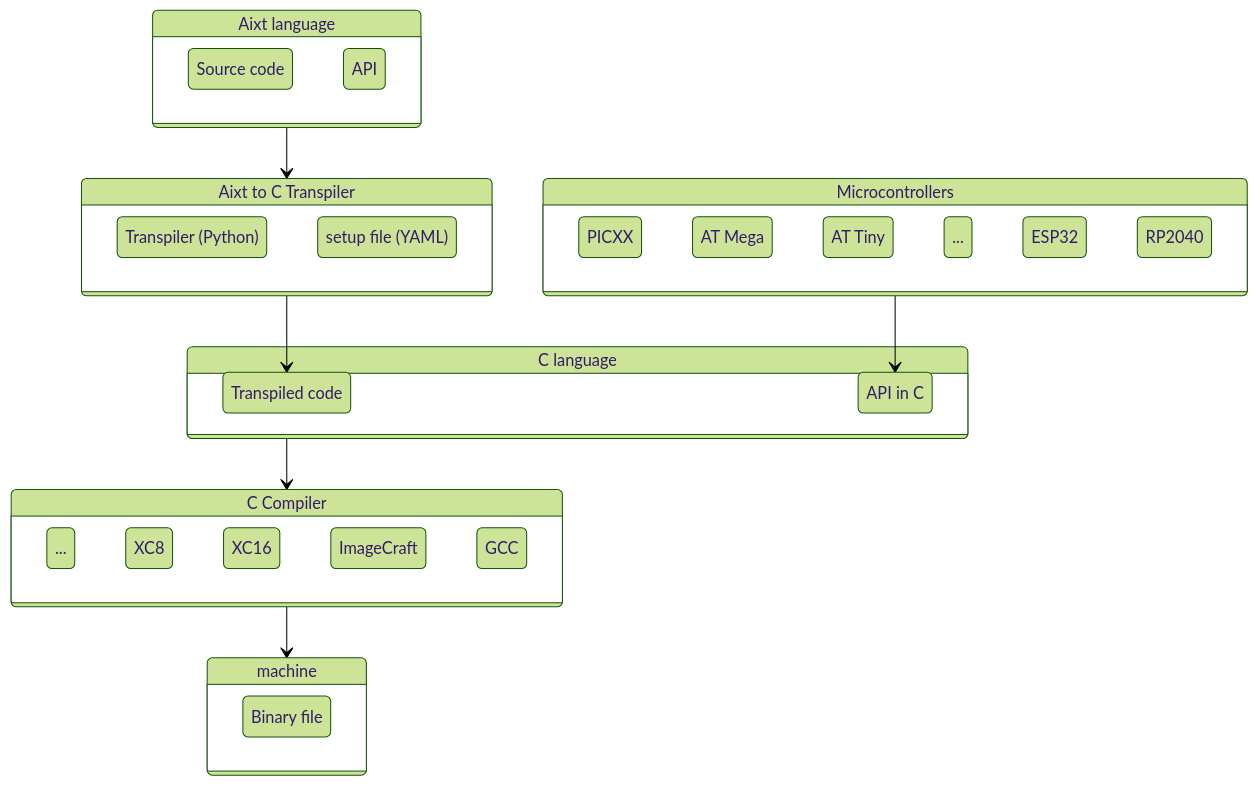
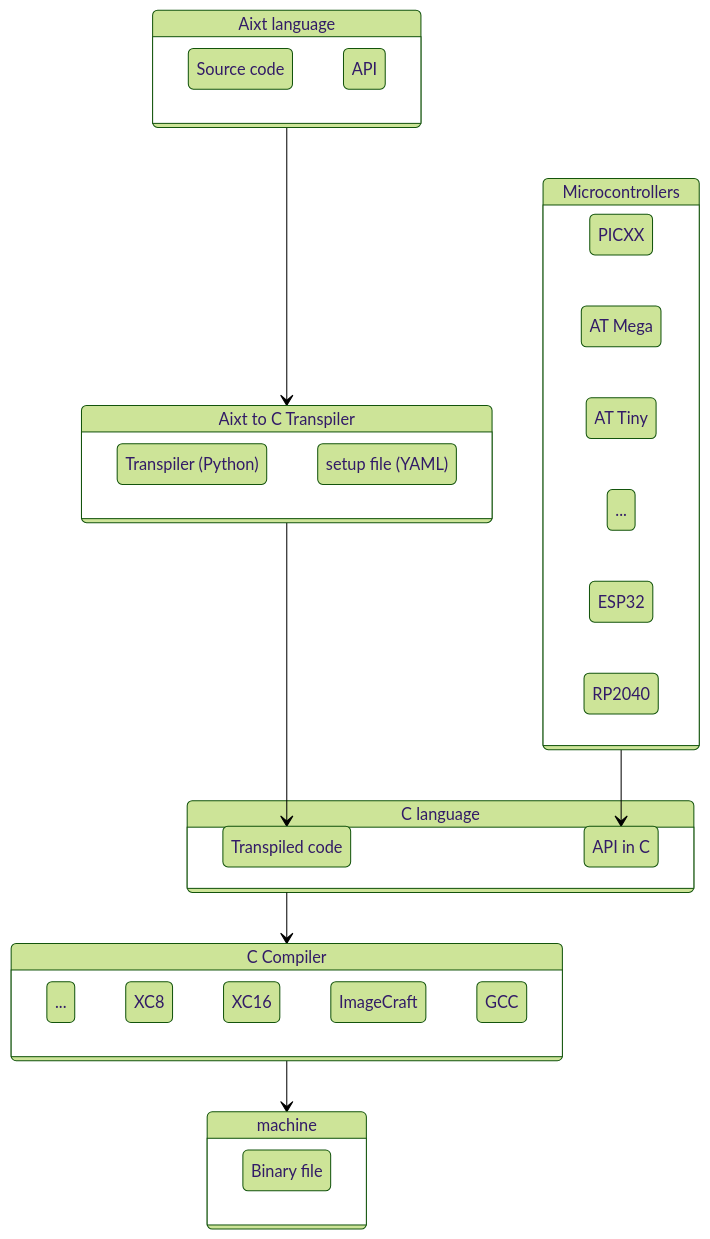
The diagram in README.md (fermarsan/aixt), drawn with Mermaid (forest theme) before and after one commit.

````diff
--- a/README.md
+++ b/README.md
@@ -9,54 +9,55 @@
 ```mermaid
 stateDiagram-v2
 
     Aixt: Aixt language
     state Aixt {
         source: Source code
         API
     }
 
     Aixt2C: Aixt to C Transpiler
     state Aixt2C {
         Transpiler: Transpiler (Python)
         setup: setup file (YAML)
     }
 
     C: C language
     state C {
         Tr_Code: Transpiled code
         API_C: API in C
     }
 
     state Microcontrollers {
+        direction RL
         PICs: PICXX
         ATM: AT Mega
         ATT: AT Tiny
         others2: ...
         ESP32
         RP2040
     }
 
     C_Compiler: C Compiler
     state C_Compiler {
         others: ...
         XC8  
         XC16 
         ImageCraft  
         others 
         GCC 
     }
     
     machine
     state machine {
         BF: Binary file
     }
     
     Aixt     --> Aixt2C 
     Aixt2C  --> Tr_Code
 
     C     --> C_Compiler
 
     C_Compiler  --> machine
 
     Microcontrollers --> API_C
 ```
````
